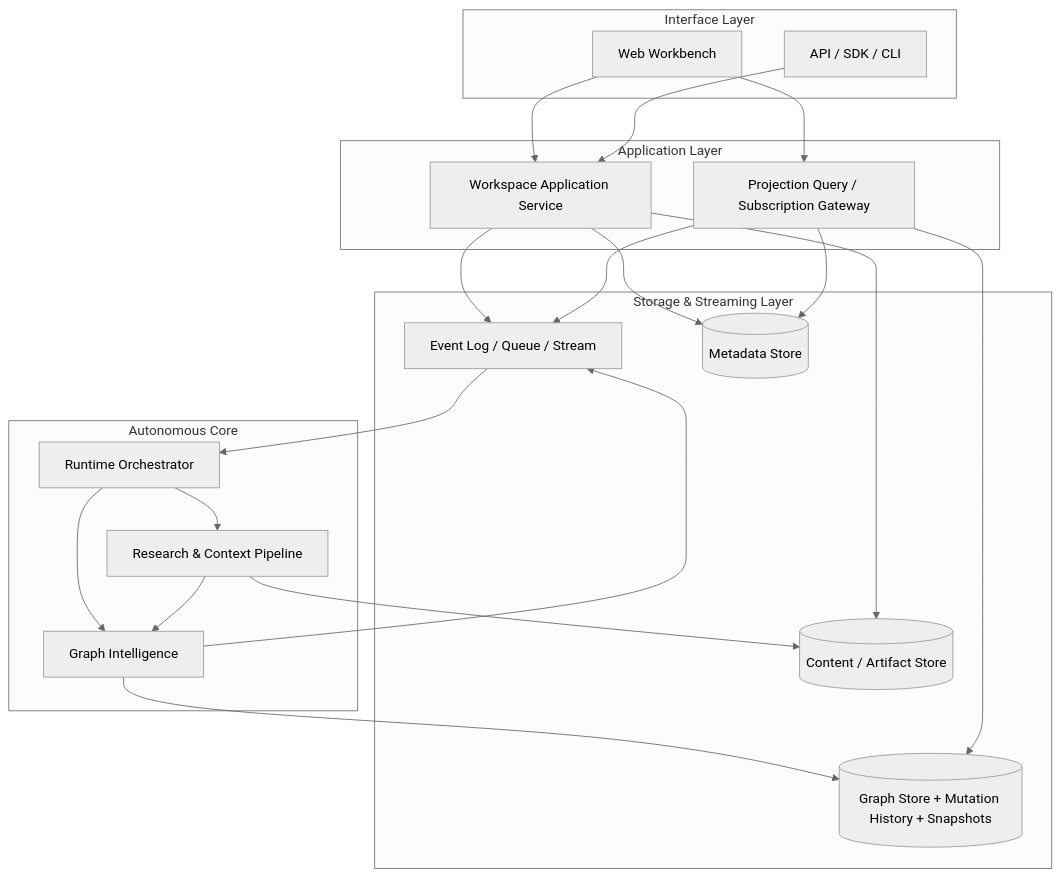
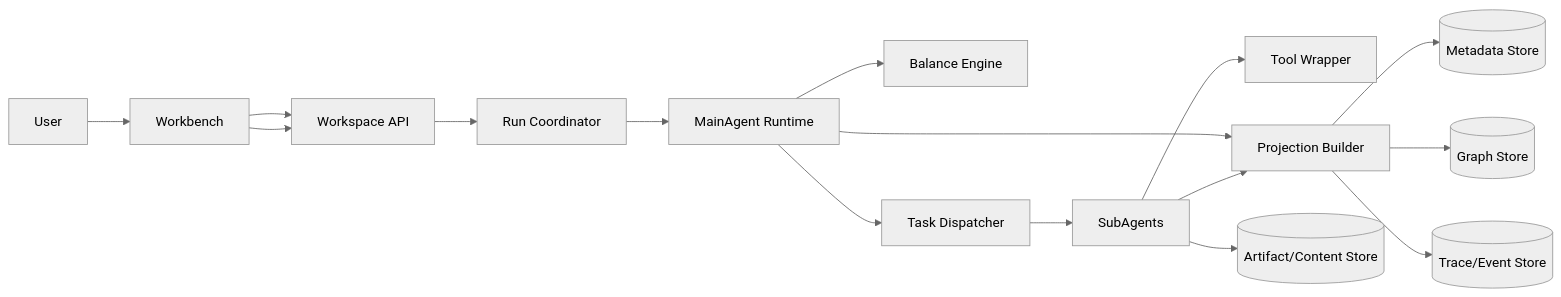
The diagram in docs/superpowers/specs/idea-factory-system-architecture.md (cv70/IdeaFactory), drawn with Mermaid (neutral theme) before and after one commit. The commit also changed other lines of this file and 4 other files, not shown here.

````diff
--- a/docs/superpowers/specs/idea-factory-system-architecture.md
+++ b/docs/superpowers/specs/idea-factory-system-architecture.md
@@ -80,42 +23,33 @@
 ```mermaid
-flowchart TB
-    subgraph Interface["Interface Layer"]
-        WB[Web Workbench]
-        SDK[API / SDK / CLI]
-    end
+flowchart LR
+    User[User]
+    WB[Workbench]
+    API[Workspace API]
+    COORD[Run Coordinator]
+    MAIN[MainAgent Runtime]
+    BAL[Balance Engine]
+    DISP[Task Dispatcher]
+    SUB[SubAgents]
+    TW[Tool Wrapper]
+    PROJ[Projection Builder]
+    META[(Metadata Store)]
+    GRAPH[(Graph Store)]
+    TRACE[(Trace/Event Store)]
+    OBJ[(Artifact/Content Store)]
 
-    subgraph Application["Application Layer"]
-        APP[Workspace Application Service]
-        SUB[Projection Query / Subscription Gateway]
-    end
-
-    subgraph Core["Autonomous Core"]
-        RT[Runtime Orchestrator]
-        GI[Graph Intelligence]
-        RC[Research & Context Pipeline]
-    end
-
-    subgraph Data["Storage & Streaming Layer"]
-        BUS[Event Log / Queue / Stream]
-        META[(Metadata Store)]
-        GSTORE[(Graph Store + Mutation History + Snapshots)]
-        OBJ[(Content / Artifact Store)]
-    end
-
-    WB --> APP
-    SDK --> APP
-    WB --> SUB
-    APP --> META
-    APP --> BUS
-    BUS --> RT
-    RT --> RC
-    RT --> GI
-    RC --> OBJ
-    RC --> GI
-    GI --> GSTORE
-    GI --> BUS
-    SUB --> GSTORE
-    SUB --> META
-    SUB --> BUS
-    APP --> OBJ
+    User --> WB
+    WB --> API
+    API --> COORD
+    COORD --> MAIN
+    MAIN --> BAL
+    MAIN --> DISP
+    DISP --> SUB
+    SUB --> TW
+    MAIN --> PROJ
+    SUB --> PROJ
+    PROJ --> META
+    PROJ --> GRAPH
+    PROJ --> TRACE
+    SUB --> OBJ
+    WB --> API
 ```
````
